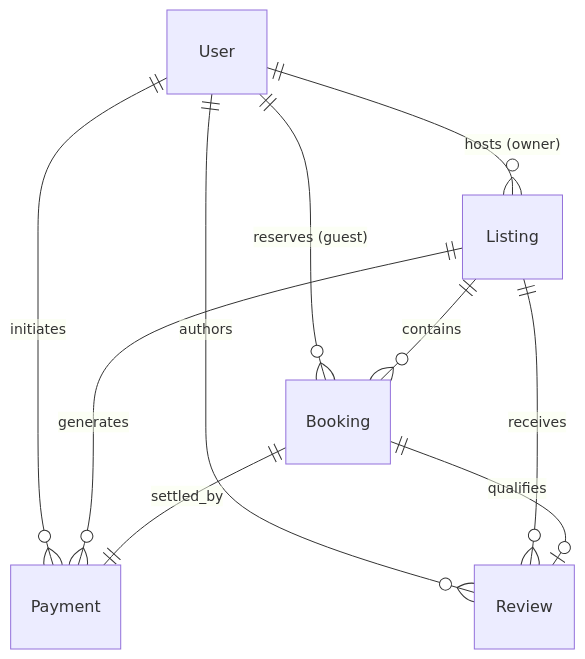
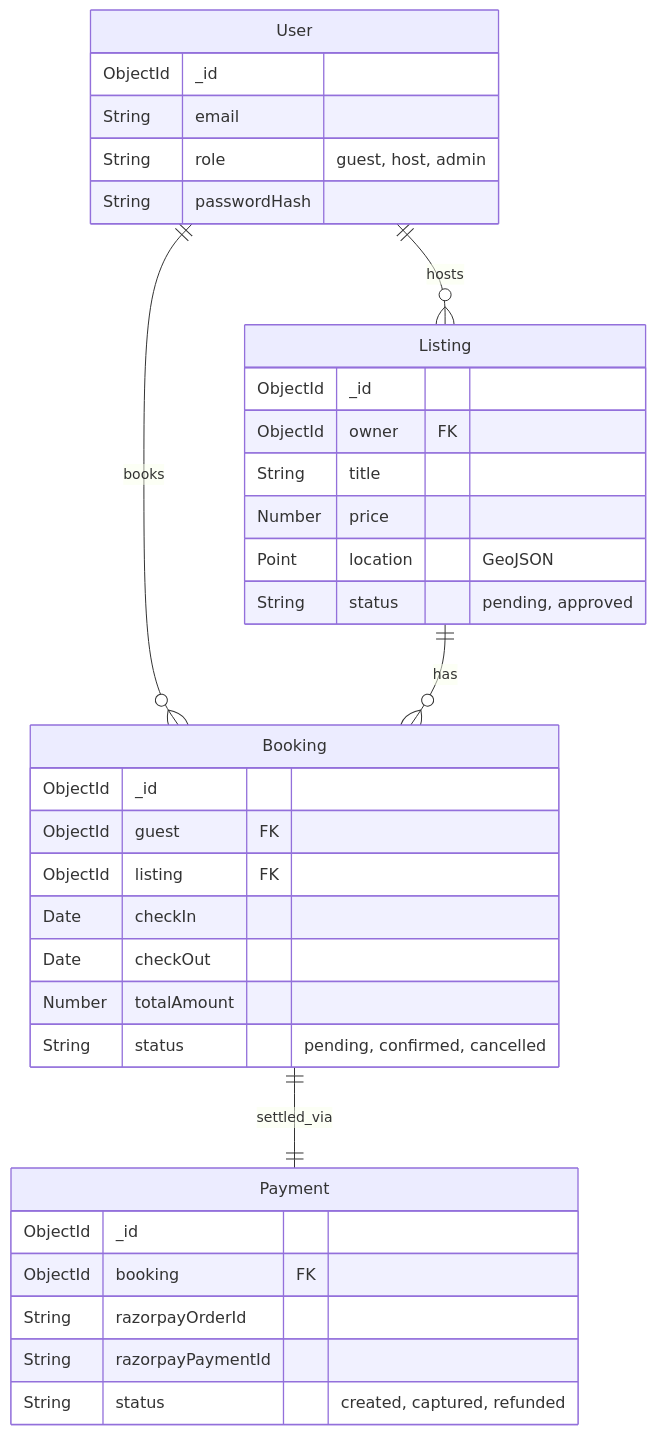
The diagram in README.md (khilarivishal26/nestora), drawn with Mermaid before and after one commit. The commit also changed other lines of this file and 12 other files, not shown here.

````diff
--- a/README.md
+++ b/README.md
@@ -118,14 +91,38 @@
 ```mermaid
 erDiagram
-    User ||--o{ Listing : "hosts (owner)"
-    User ||--o{ Booking : "reserves (guest)"
-    User ||--o{ Review : "authors"
-    User ||--o{ Payment : "initiates"
-
-    Listing ||--o{ Booking : "contains"
-    Listing ||--o{ Review : "receives"
-    Listing ||--o{ Payment : "generates"
-
-    Booking ||--|| Payment : "settled_by"
-    Booking ||--o| Review : "qualifies"
+    User {
+        ObjectId _id
+        String email
+        String role "guest, host, admin"
+        String passwordHash
+    }
+    Listing {
+        ObjectId _id
+        ObjectId owner FK
+        String title
+        Number price
+        Point location "GeoJSON"
+        String status "pending, approved"
+    }
+    Booking {
+        ObjectId _id
+        ObjectId guest FK
+        ObjectId listing FK
+        Date checkIn
+        Date checkOut
+        Number totalAmount
+        String status "pending, confirmed, cancelled"
+    }
+    Payment {
+        ObjectId _id
+        ObjectId booking FK
+        String razorpayOrderId
+        String razorpayPaymentId
+        String status "created, captured, refunded"
+    }
+    
+    User ||--o{ Listing : "hosts"
+    User ||--o{ Booking : "books"
+    Listing ||--o{ Booking : "has"
+    Booking ||--|| Payment : "settled_via"
 ```
````
